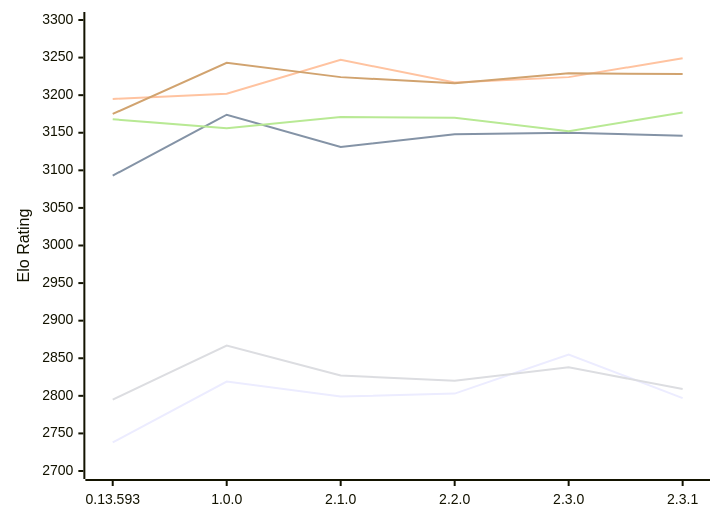
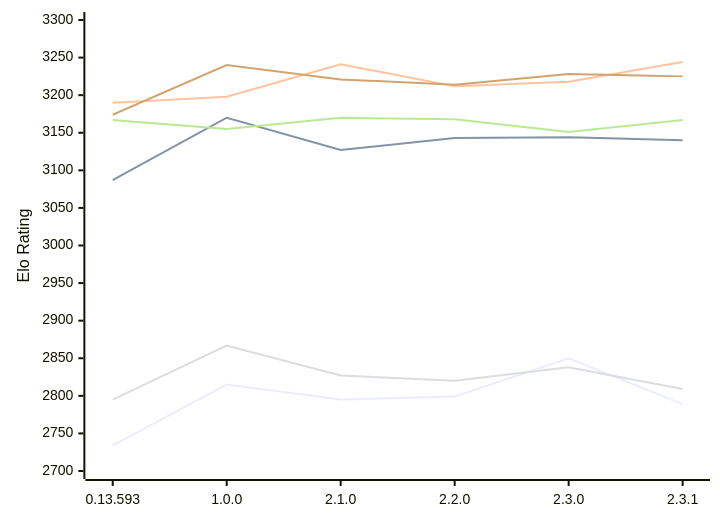
One commit to computer-chess-index/cci changed the diagram in engines/Pawnstar.md. Above: the diagram before and after it, drawn with Mermaid. The commit also changed other lines of this file, not shown here.

Commit message:
Update CCI Ratings (ELO VLTC) - 2026-11-26

````diff
--- a/engines/Pawnstar.md
+++ b/engines/Pawnstar.md
@@ -57,12 +57,12 @@
 ```mermaid
 %%{init: {"theme":"base","themeVariables":{"seriesColors:['#a3a3a3','#222221','#faa371']}}}%%
 xychart-beta
   x-axis ["0.13.593", "1.0.0", "2.1.0", "2.2.0", "2.3.0", "2.3.1"]
   y-axis "Elo Rating" 2700 --> 3300
-  line "E1: STC (8.0+0.08s)" [2738, 2819, 2799, 2803, 2855, 2797]
-  line "E1: LTC (60.0+0.60s)" [3093, 3174, 3131, 3148, 3150, 3146]
-  line "E1: VLTC (2m24s+1.12s)" [3195, 3202, 3247, 3217, 3224, 3249]
+  line "E1: STC (8.0+0.08s)" [2734, 2815, 2795, 2799, 2850, 2789]
+  line "E1: LTC (60.0+0.60s)" [3087, 3170, 3127, 3143, 3144, 3140]
+  line "E1: VLTC (2m24s+1.12s)" [3190, 3198, 3241, 3212, 3218, 3244]
   line "P1: STC (8.0+0.08s)" [2795, 2867, 2827, 2820, 2838, 2809]
-  line "P1: LTC (60.0+0.60s)" [3168, 3156, 3171, 3170, 3152, 3177]
-  line "P1: VLTC (2m24s+1.12s)" [3175, 3243, 3224, 3216, 3229, 3228]
+  line "P1: LTC (60.0+0.60s)" [3167, 3155, 3170, 3168, 3151, 3167]
+  line "P1: VLTC (2m24s+1.12s)" [3174, 3240, 3221, 3214, 3228, 3225]
 ```
````
